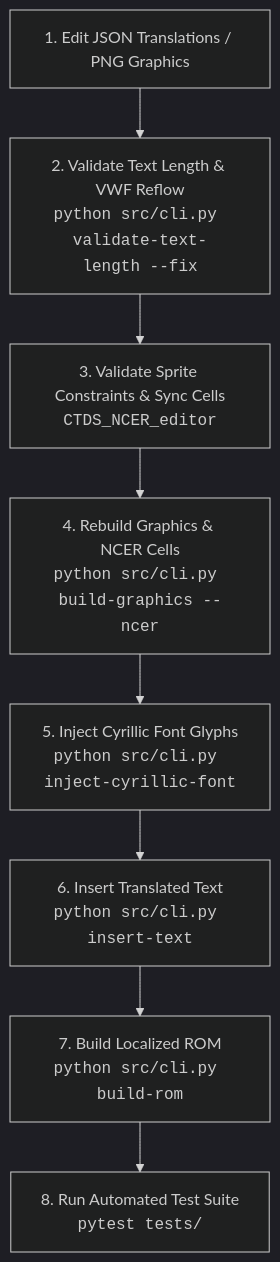
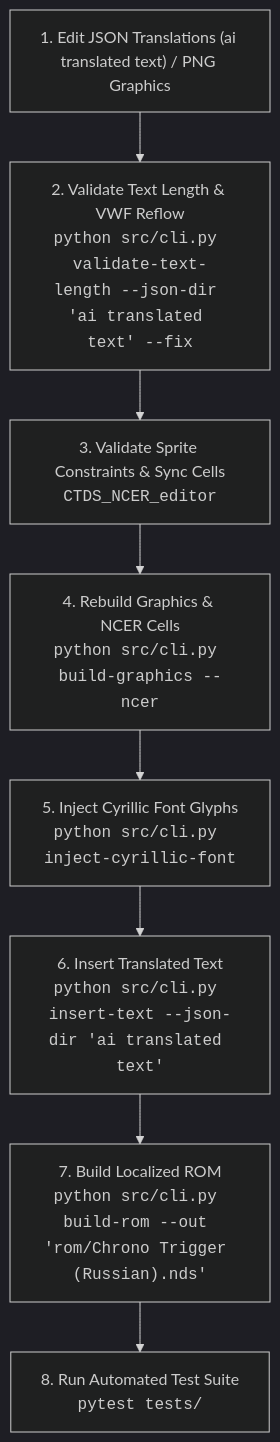
One commit to LordRenDS/CTDS-Translate changed the diagram in .agents/skills/ctds-translation-pipeline/SKILL.md. Above: the diagram before and after it, drawn with Mermaid (dark theme). The commit also changed other lines of this file and 76 other files, not shown here.

Commit message:
- feat(rules): isolate manual translated text workspace and document in project guidelines

````diff
--- a/.agents/skills/ctds-translation-pipeline/SKILL.md
+++ b/.agents/skills/ctds-translation-pipeline/SKILL.md
@@ -378,10 +386,10 @@
 ```mermaid
 graph TD
-    A["1. Edit JSON Translations / PNG Graphics"] --> B["2. Validate Text Length & VWF Reflow<br/><code>python src/cli.py validate-text-length --fix</code>"]
+    A["1. Edit JSON Translations (ai translated text) / PNG Graphics"] --> B["2. Validate Text Length & VWF Reflow<br/><code>python src/cli.py validate-text-length --json-dir 'ai translated text' --fix</code>"]
     B --> C["3. Validate Sprite Constraints & Sync Cells<br/><code>CTDS_NCER_editor</code>"]
     C --> D["4. Rebuild Graphics & NCER Cells<br/><code>python src/cli.py build-graphics --ncer</code>"]
     D --> E["5. Inject Cyrillic Font Glyphs<br/><code>python src/cli.py inject-cyrillic-font</code>"]
-    E --> F["6. Insert Translated Text<br/><code>python src/cli.py insert-text</code>"]
-    F --> G["7. Build Localized ROM<br/><code>python src/cli.py build-rom</code>"]
+    E --> F["6. Insert Translated Text<br/><code>python src/cli.py insert-text --json-dir 'ai translated text'</code>"]
+    F --> G["7. Build Localized ROM<br/><code>python src/cli.py build-rom --out 'rom/Chrono Trigger (Russian).nds'</code>"]
     G --> H["8. Run Automated Test Suite<br/><code>pytest tests/</code>"]
 ```
````
